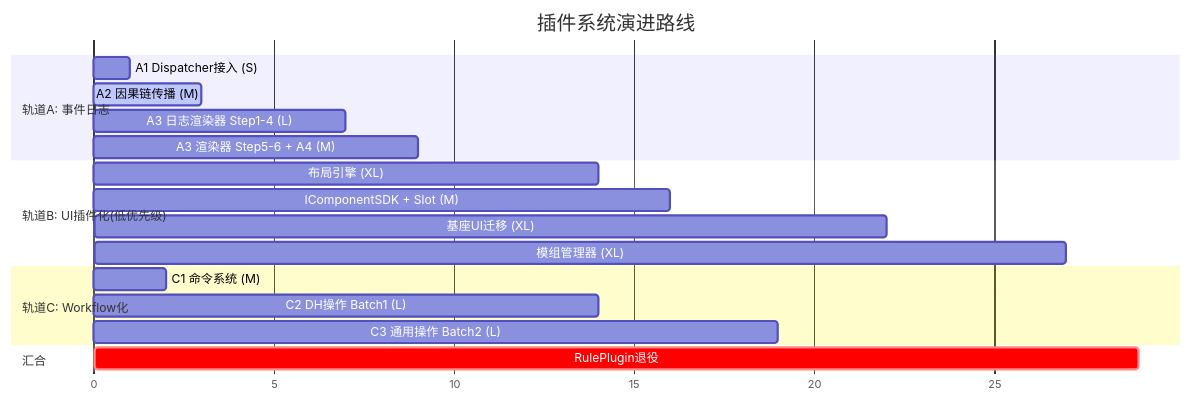
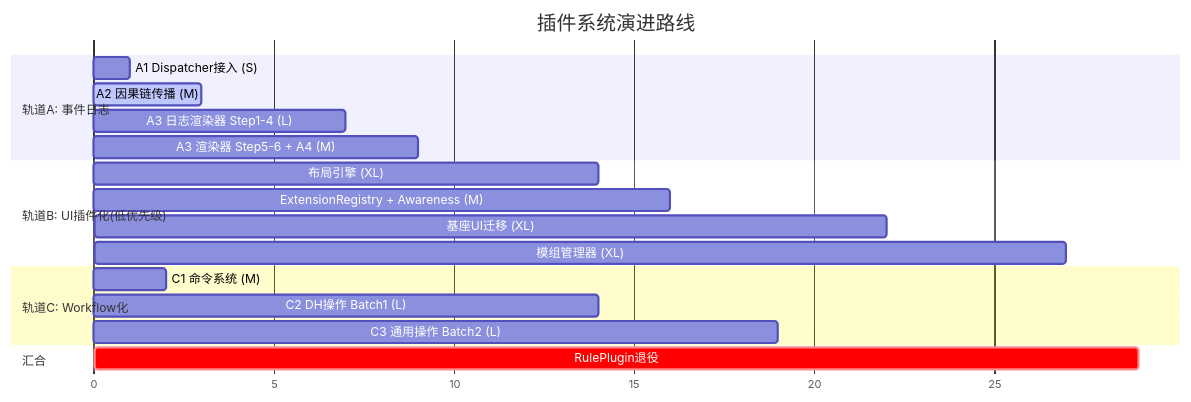
Before and after one commit to RidRisR/myVTT: the seventh of 18 diagrams in docs/design/17-插件系统演进路线.md, drawn with Mermaid. The commit also changed other lines of this file and 47 other files, not shown here.

````diff
--- a/docs/design/17-插件系统演进路线.md
+++ b/docs/design/17-插件系统演进路线.md
@@ -261,26 +262,26 @@
 ```mermaid
 gantt
     title 插件系统演进路线
     dateFormat X
     axisFormat %s
 
     section 轨道A: 事件日志
     A1 Dispatcher接入 (S)         :a1, 0, 1
     A2 因果链传播 (M)             :active, a2, 1, 3
     A3 日志渲染器 Step1-4 (L)     :a3, 3, 7
     A3 渲染器 Step5-6 + A4 (M)   :a4, 7, 9
 
     section 轨道B: UI插件化(低优先级)
     布局引擎 (XL)                 :b1, 9, 14
-    IComponentSDK + Slot (M)      :b2, 14, 16
+    ExtensionRegistry + Awareness (M) :b2, 14, 16
     基座UI迁移 (XL)               :b3, 16, 22
     模组管理器 (XL)               :b4, 22, 27
 
     section 轨道C: Workflow化
     C1 命令系统 (M)               :c1, 0, 2
     C2 DH操作 Batch1 (L)          :c2, 9, 14
     C3 通用操作 Batch2 (L)        :c3, 14, 19
 
     section 汇合
     RulePlugin退役                :crit, fin, 27, 29
 ```
````
